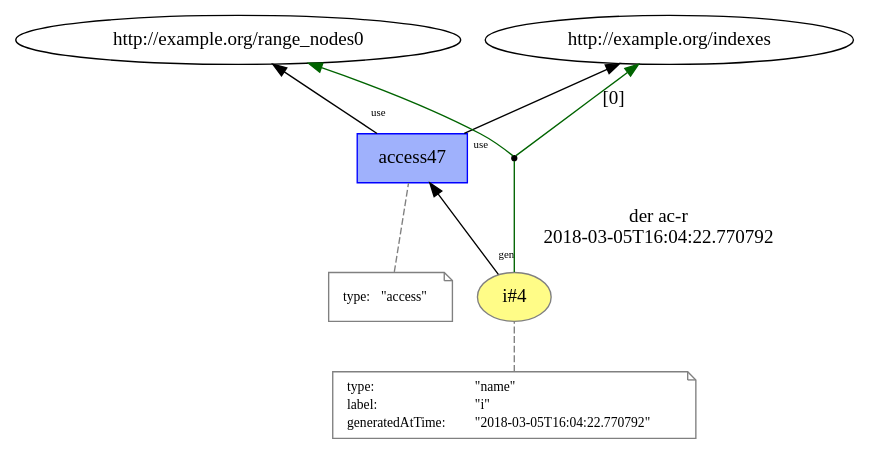
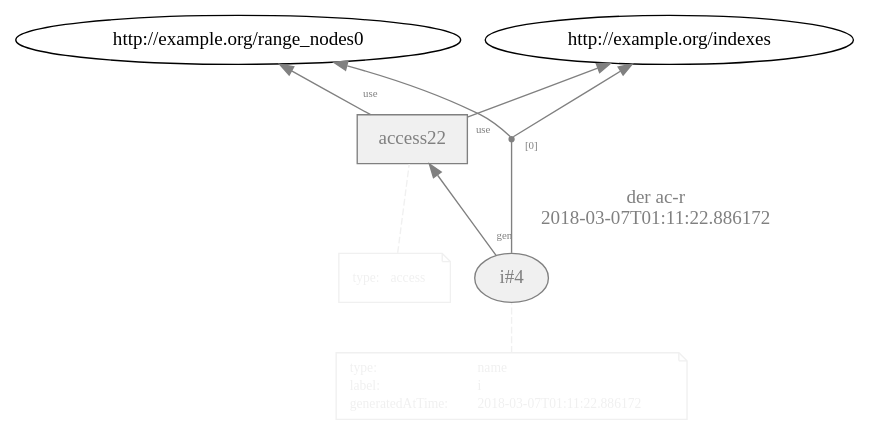
Before and after one commit to dew-uff/versioned-prov: the diagram in images/versioned_prov/temp/L11__loop_access_4.dot, drawn with Graphviz. The commit also changed 580 other files, not shown here.

```diff
--- a/images/versioned_prov/temp/L11__loop_access_4.dot
+++ b/images/versioned_prov/temp/L11__loop_access_4.dot
@@ -1,34 +1,34 @@
 digraph "PROV" { size="16,12"; rankdir="BT";
-"http://example.org/i#4" [fillcolor="#FFFC87",color="#808080",style="filled",label="i#4",URL="http://example.org/i#4"]
-"-attrs0" [color="gray",shape="note",fontsize="10",fontcolor="black",label=<<TABLE cellpadding="0" border="0">
+"http://example.org/i#4" [fillcolor="#F0F0F0",color="gray",style="filled",label="i#4",URL="http://example.org/i#4",fontcolor="gray"]
+"-attrs0" [color="#F0F0F0",shape="note",fontsize="10",fontcolor="black",label=<<TABLE cellpadding="0" border="0">
 	<TR>
-	    <TD align="left">type:</TD>
-	    <TD align="left">&quot;name&quot;</TD>
+	    <TD align="left"><font color="#F0F0F0">type:</font></TD>
+	    <TD align="left"><font color="#F0F0F0">name</font></TD>
 	</TR>
 	<TR>
-	    <TD align="left">label:</TD>
-	    <TD align="left">&quot;i&quot;</TD>
+	    <TD align="left"><font color="#F0F0F0">label:</font></TD>
+	    <TD align="left"><font color="#F0F0F0">i</font></TD>
 	</TR>
 	<TR>
-	    <TD align="left">generatedAtTime:</TD>
-	    <TD align="left">&quot;2018-03-05T16:04:22.770792&quot;</TD>
+	    <TD align="left"><font color="#F0F0F0">generatedAtTime:</font></TD>
+	    <TD align="left"><font color="#F0F0F0">2018-03-07T01:11:22.886172</font></TD>
 	</TR>
 </TABLE>>]
-"-attrs0" -> "http://example.org/i#4" [color="gray",style="dashed",arrowhead="none"]
-"http://example.org/access47" [fillcolor="#9FB1FC",color="#0000FF",shape="polygon",sides="4",style="filled",label="access47",URL="http://example.org/access47"]
-"-attrs1" [color="gray",shape="note",fontsize="10",fontcolor="black",label=<<TABLE cellpadding="0" border="0">
+"-attrs0" -> "http://example.org/i#4" [color="#F0F0F0",style="dashed",arrowhead="none"]
+"http://example.org/access22" [fillcolor="#F0F0F0",color="gray",shape="polygon",sides="4",style="filled",label="access22",URL="http://example.org/access22",fontcolor="gray"]
+"-attrs1" [color="#F0F0F0",shape="note",fontsize="10",fontcolor="black",label=<<TABLE cellpadding="0" border="0">
 	<TR>
-	    <TD align="left">type:</TD>
-	    <TD align="left">&quot;access&quot;</TD>
+	    <TD align="left"><font color="#F0F0F0">type:</font></TD>
+	    <TD align="left"><font color="#F0F0F0">access</font></TD>
 	</TR>
 </TABLE>>]
-"-attrs1" -> "http://example.org/access47" [color="gray",style="dashed",arrowhead="none"]
-"http://example.org/access47" -> "http://example.org/range_nodes0" [labelfontsize="8",labeldistance="1.5",labelangle="60.0",rotation="20",taillabel="use"]
-"bn0" [shape="point",label=""]
+"-attrs1" -> "http://example.org/access22" [color="#F0F0F0",style="dashed",arrowhead="none"]
+"http://example.org/access22" -> "http://example.org/range_nodes0" [labelfontsize="8",labeldistance="1.5",labelangle="60.0",rotation="20",taillabel="use",fontcolor="gray",color="gray"]
+"bn0" [shape="point",label="",fontcolor="gray",color="gray"]
 "http://example.org/i#4" -> "bn0" [arrowhead="none",label="der ac-r
-2018-03-05T16:04:22.770792",color="darkgreen"]
-"bn0" -> "http://example.org/indexes" [labelfontsize="8",labeldistance="1.5",color="darkgreen",labelangle="60.0",rotation="20",label="[0]"]
-"bn0" -> "http://example.org/range_nodes0" [color="darkgreen"]
-"http://example.org/i#4" -> "http://example.org/access47" [labelfontsize="8",labeldistance="1.5",labelangle="60.0",rotation="20",taillabel="gen"]
-"http://example.org/access47" -> "http://example.org/indexes" [labelfontsize="8",labeldistance="1.5",labelangle="60.0",rotation="20",taillabel="use"]
+2018-03-07T01:11:22.886172",color="gray",fontcolor="gray"]
+"bn0" -> "http://example.org/indexes" [labelfontsize="8",labeldistance="1.5",labelangle="60.0",rotation="20",taillabel="[0]",fontcolor="gray",color="gray"]
+"bn0" -> "http://example.org/range_nodes0" [color="gray",fontcolor="gray"]
+"http://example.org/i#4" -> "http://example.org/access22" [labelfontsize="8",labeldistance="1.5",labelangle="60.0",rotation="20",taillabel="gen",fontcolor="gray",color="gray"]
+"http://example.org/access22" -> "http://example.org/indexes" [labelfontsize="8",labeldistance="1.5",labelangle="60.0",rotation="20",taillabel="use",fontcolor="gray",color="gray"]
 }
```
